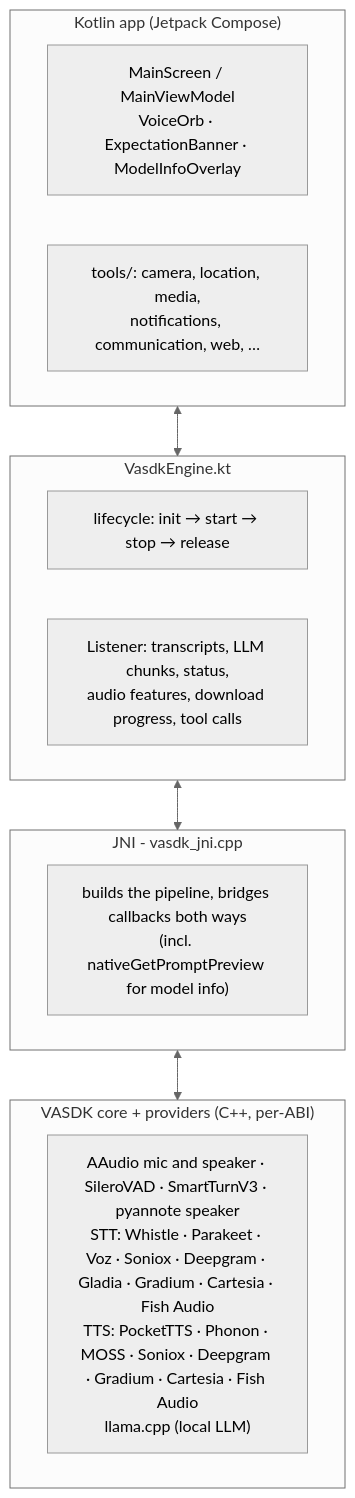
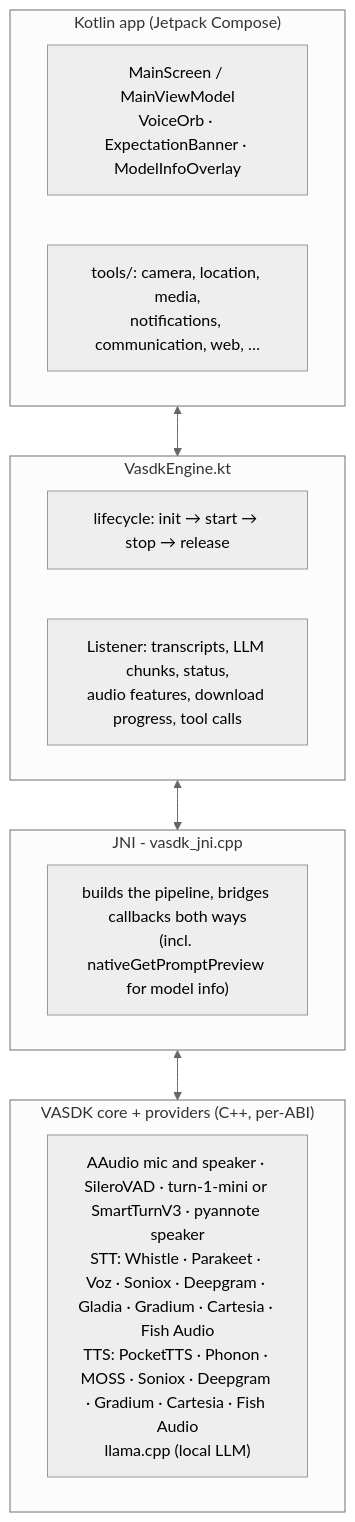
The first of 4 diagrams in docs/apps/android.md (fatehmtd/VASDK), drawn with Mermaid (neutral theme) before and after one commit. The commit also changed other lines of this file and 51 other files, not shown here.

Commit message:
feat(turn): turn-1-mini, a streaming end-of-turn model, preferred over SmartTurn (#24)

````diff
--- a/docs/apps/android.md
+++ b/docs/apps/android.md
@@ -7,21 +7,21 @@
 ```mermaid
 flowchart TB
     subgraph Kotlin["Kotlin app (Jetpack Compose)"]
         UI["MainScreen / MainViewModel<br/>VoiceOrb · ExpectationBanner · ModelInfoOverlay"]
         Tools["tools/: camera, location, media,<br/>notifications, communication, web, …"]
     end
     subgraph Engine["VasdkEngine.kt"]
         Lifecycle["lifecycle: init → start → stop → release"]
         Listener["Listener: transcripts, LLM chunks, status,<br/>audio features, download progress, tool calls"]
     end
     subgraph JNI["JNI - vasdk_jni.cpp"]
         Bridge["builds the pipeline, bridges callbacks both ways<br/>(incl. nativeGetPromptPreview for model info)"]
     end
     subgraph Native["VASDK core + providers (C++, per-ABI)"]
-        Providers["AAudio mic and speaker · SileroVAD · SmartTurnV3 · pyannote speaker<br/>STT: Whistle · Parakeet · Voz · Soniox · Deepgram · Gladia · Gradium · Cartesia · Fish Audio<br/>TTS: PocketTTS · Phonon · MOSS · Soniox · Deepgram · Gradium · Cartesia · Fish Audio<br/>llama.cpp (local LLM)"]
+        Providers["AAudio mic and speaker · SileroVAD · turn-1-mini or SmartTurnV3 · pyannote speaker<br/>STT: Whistle · Parakeet · Voz · Soniox · Deepgram · Gladia · Gradium · Cartesia · Fish Audio<br/>TTS: PocketTTS · Phonon · MOSS · Soniox · Deepgram · Gradium · Cartesia · Fish Audio<br/>llama.cpp (local LLM)"]
     end
 
     Kotlin <--> Engine
     Engine <--> JNI
     JNI <--> Native
 ```
````
